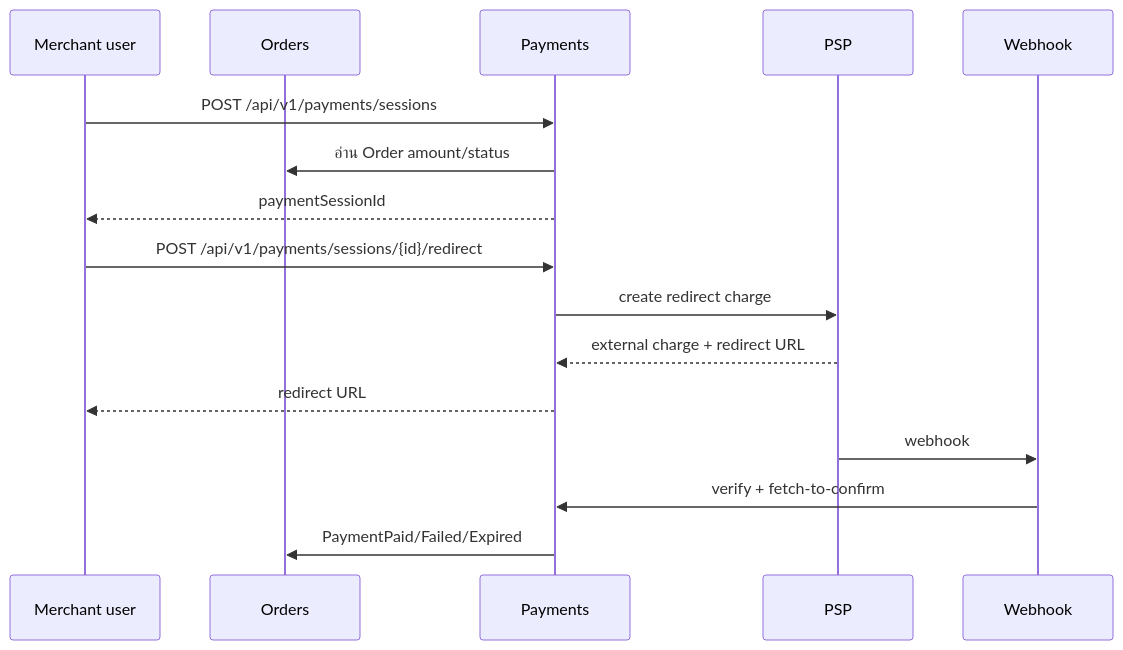
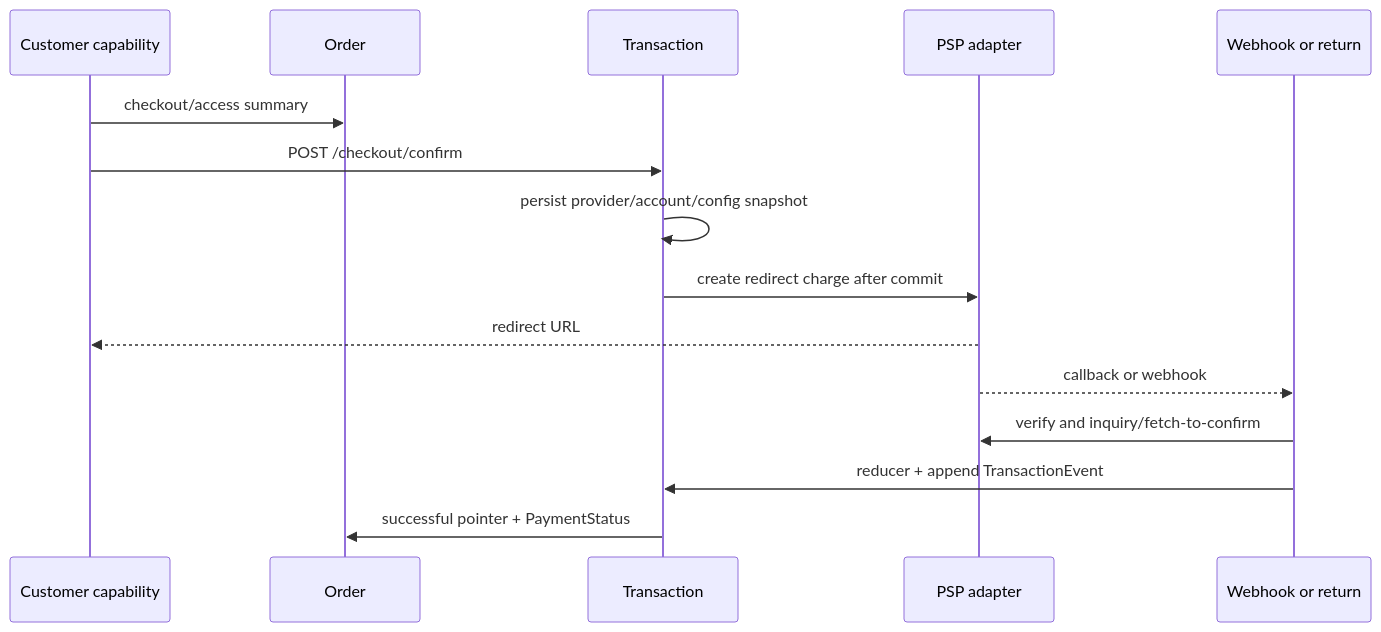
One commit to metrodiesign/pol-core changed the diagram in docs/reference/payment-orchestration-modules.md. Above: the diagram before and after it, drawn with Mermaid. The commit also changed other lines of this file and 15 other files, not shown here.

````diff
--- a/docs/reference/payment-orchestration-modules.md
+++ b/docs/reference/payment-orchestration-modules.md
@@ -12,18 +7,17 @@
 ```mermaid
 sequenceDiagram
-    participant M as Merchant user
-    participant O as Orders
-    participant P as Payments
-    participant PSP as PSP
-    participant W as Webhook
-    M->>P: POST /api/v1/payments/sessions
-    P->>O: อ่าน Order amount/status
-    P-->>M: paymentSessionId
-    M->>P: POST /api/v1/payments/sessions/{id}/redirect
-    P->>PSP: create redirect charge
-    PSP-->>P: external charge + redirect URL
-    P-->>M: redirect URL
-    PSP->>W: webhook
-    W->>P: verify + fetch-to-confirm
-    P->>O: PaymentPaid/Failed/Expired
+    participant C as Customer capability
+    participant O as Order
+    participant T as Transaction
+    participant P as PSP adapter
+    participant W as Webhook or return
+    C->>O: checkout/access summary
+    C->>T: POST /checkout/confirm
+    T->>T: persist provider/account/config snapshot
+    T->>P: create redirect charge after commit
+    P-->>C: redirect URL
+    P-->>W: callback or webhook
+    W->>P: verify and inquiry/fetch-to-confirm
+    W->>T: reducer + append TransactionEvent
+    T->>O: successful pointer + PaymentStatus
 ```
````
